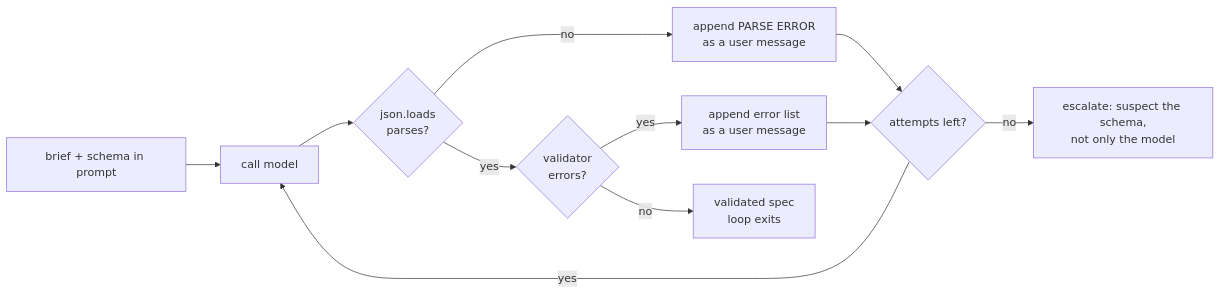
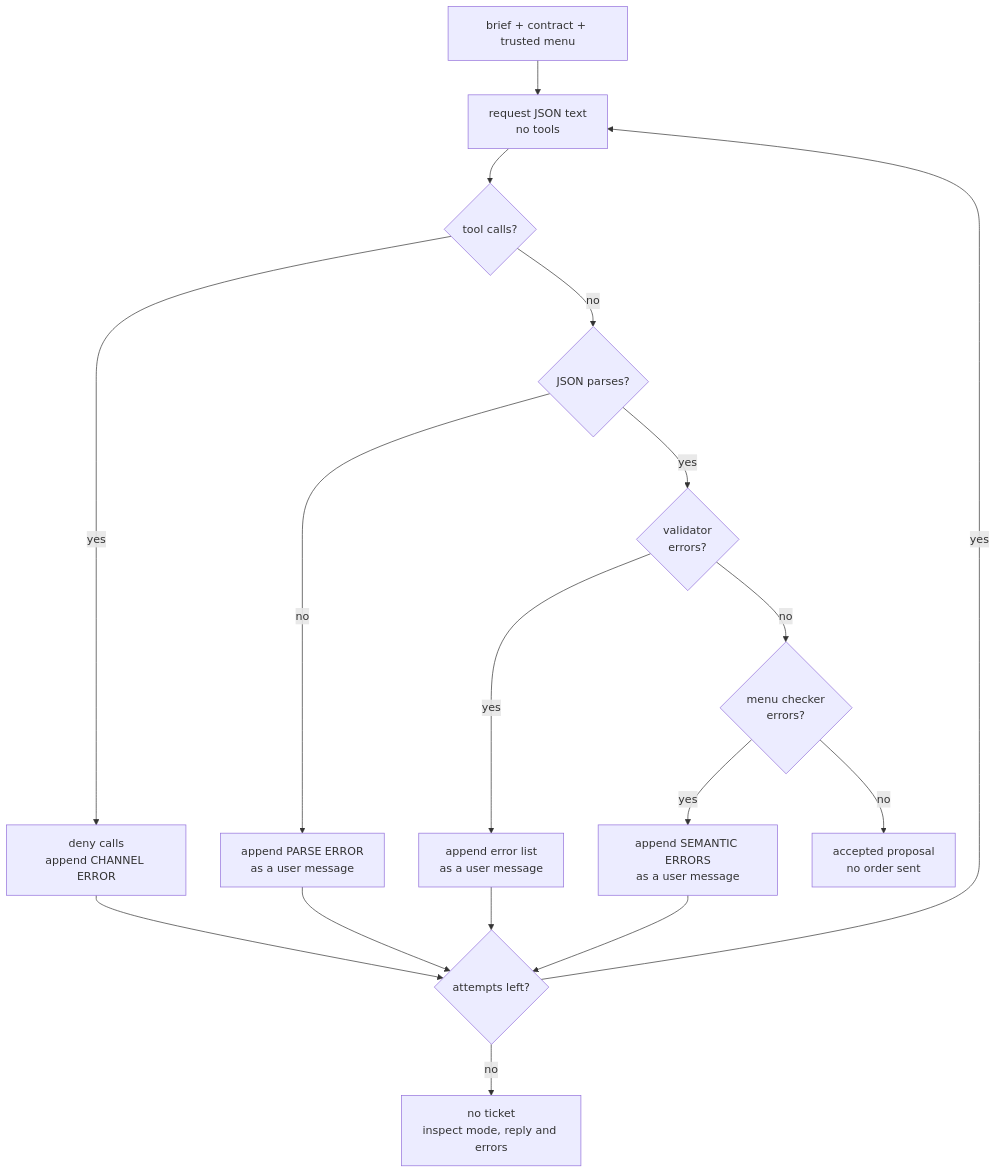
One commit to macayaven/agent-harness-path changed the diagram in sessions/s04-structured-generation/lesson.md. Above: the diagram before and after it, drawn with Mermaid. The commit also changed other lines of this file and 11 other files, not shown here.

````diff
--- a/sessions/s04-structured-generation/lesson.md
+++ b/sessions/s04-structured-generation/lesson.md
@@ -58,14 +58,20 @@
 ```mermaid
-flowchart LR
-    B[brief + schema in prompt] --> C[call model]
-    C --> P{json.loads<br/>parses?}
+flowchart TD
+    B[brief + contract + trusted menu] --> C[request JSON text<br/>no tools]
+    C --> T{tool calls?}
+    T -- yes --> F0[deny calls<br/>append CHANNEL ERROR]
+    T -- no --> P{JSON parses?}
     P -- no --> F1[append PARSE ERROR<br/>as a user message]
     P -- yes --> V{validator<br/>errors?}
     V -- yes --> F2[append error list<br/>as a user message]
-    V -- no --> D[validated spec<br/>loop exits]
+    V -- no --> M{menu checker<br/>errors?}
+    M -- yes --> F3[append SEMANTIC ERRORS<br/>as a user message]
+    M -- no --> D[accepted proposal<br/>no order sent]
+    F0 --> R
     F1 --> R{attempts left?}
     F2 --> R
+    F3 --> R
     R -- yes --> C
-    R -- no --> X[escalate: suspect the schema,<br/>not only the model]
+    R -- no --> X[no ticket<br/>inspect mode, reply and errors]
 
 ```
````
